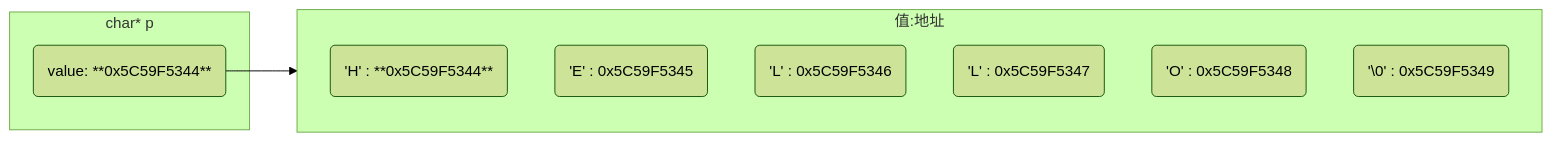
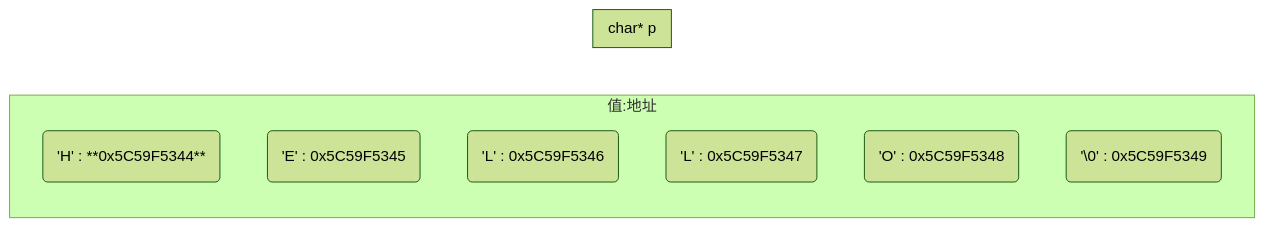
The second of 3 diagrams in Language/C&C++/Char/2021-11-13-字符.md (dmjcb/SelfBlog), drawn with Mermaid (forest theme) before and after one commit. The commit also changed other lines of this file and 224 other files, not shown here.

````diff
--- a/Language/C&C++/Char/2021-11-13-字符.md
+++ b/Language/C&C++/Char/2021-11-13-字符.md
@@ -122,16 +116,15 @@
 ```mermaid
 graph LR
     subgraph 值:地址
         direction TB
         a0('H' : **0x5C59F5344**)
         a1('E' : 0x5C59F5345)
         a2('L' : 0x5C59F5346)
         a3('L' : 0x5C59F5347)
         a4('O' : 0x5C59F5348)
         a5('\0' : 0x5C59F5349)
     end
 
     subgraph char* p
-        V(value: **0x5C59F5344**)-->a0
     end
 ```
````
